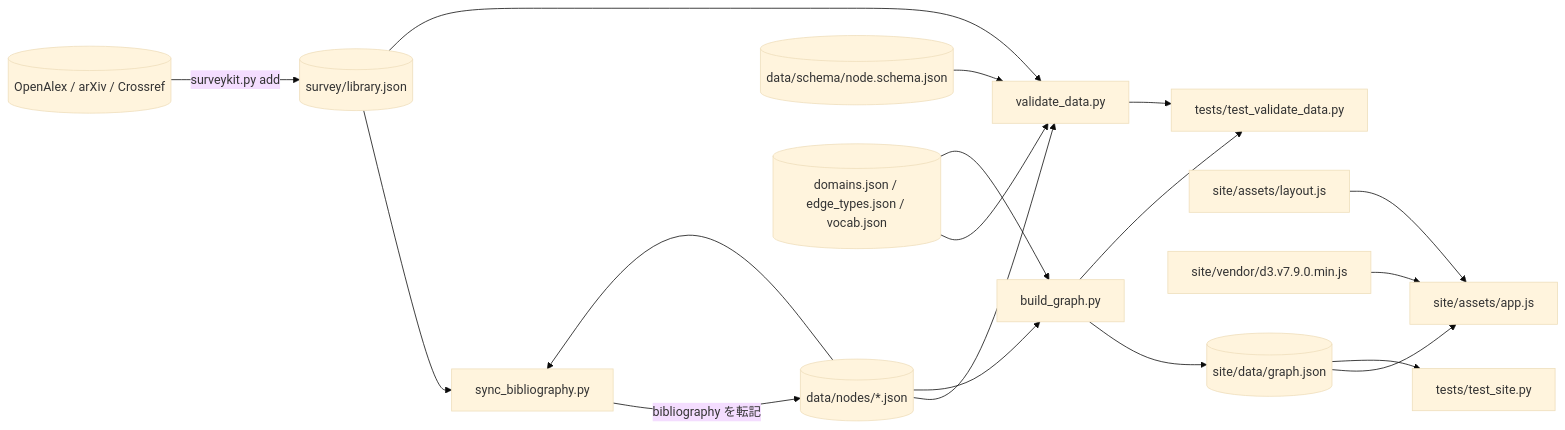
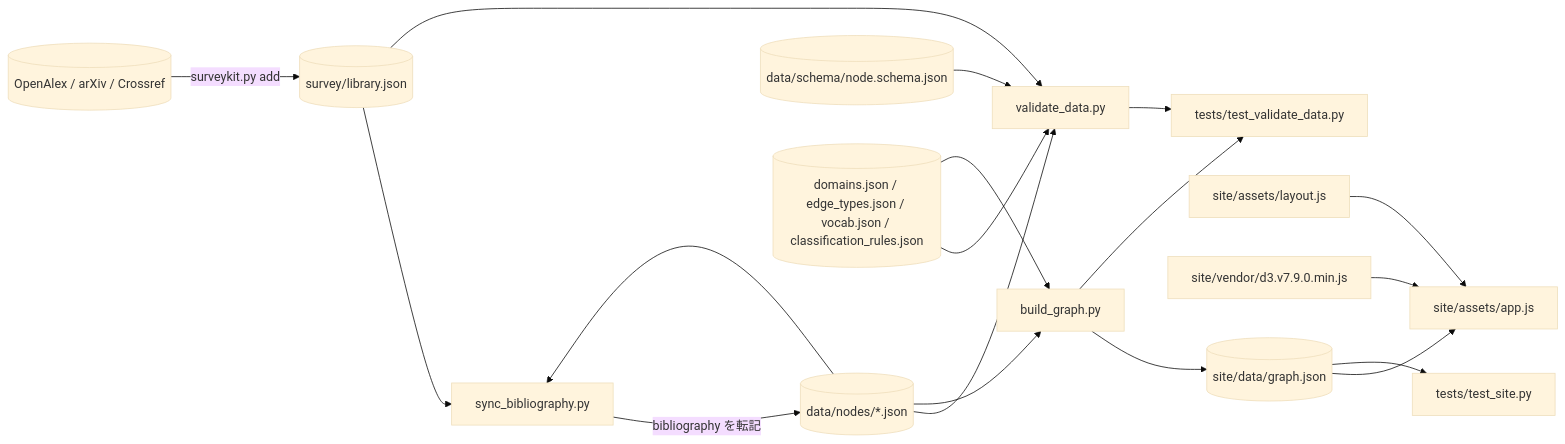
Before and after one commit to koki01150124/image-coding-map: the first of 2 diagrams in document.md, drawn with Mermaid (base theme). The commit also changed other lines of this file and 71 other files, not shown here.

````diff
--- a/document.md
+++ b/document.md
@@ -31,20 +32,20 @@
 ```mermaid
 flowchart LR
     API[("OpenAlex / arXiv / Crossref")] -->|surveykit.py add| LIB[("survey/library.json")]
     N[("data/nodes/*.json")] --> SYNC["sync_bibliography.py"]
     LIB --> SYNC
     SYNC -->|bibliography を転記| N
     N --> V["validate_data.py"]
     S[("data/schema/node.schema.json")] --> V
-    D[("domains.json / edge_types.json / vocab.json")] --> V
+    D[("domains.json / edge_types.json / vocab.json / classification_rules.json")] --> V
     LIB --> V
     N --> B["build_graph.py"]
     D --> B
     B --> G[("site/data/graph.json")]
     G --> APP["site/assets/app.js"]
     LAY["site/assets/layout.js"] --> APP
     D3["site/vendor/d3.v7.9.0.min.js"] --> APP
     G --> T["tests/test_site.py"]
     V --> TV["tests/test_validate_data.py"]
     B --> TV
 ```
````
